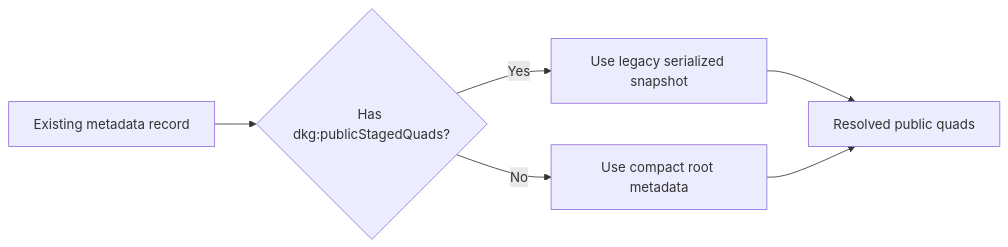
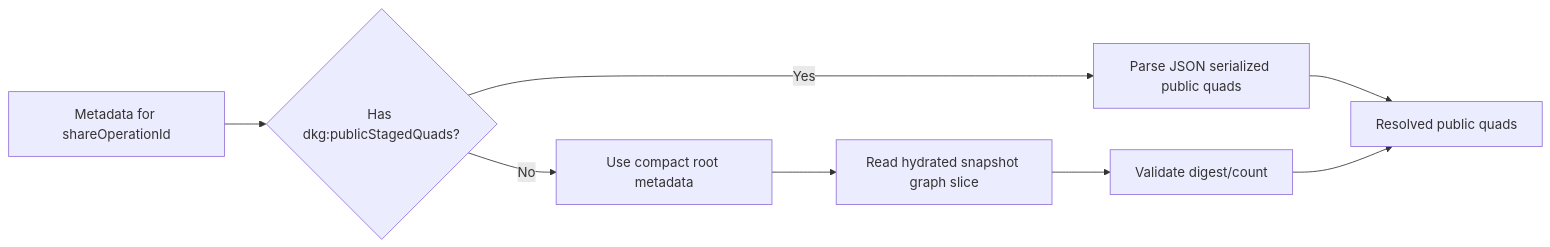
Before and after one commit to KilianTrunk/dkg: the ninth of 10 diagrams in docs/SWM_LARGE_PAYLOAD_STORAGE_AMPLIFICATION_PR.md, drawn with Mermaid. The commit also changed other lines of this file and 4 other files, not shown here.

````diff
--- a/docs/SWM_LARGE_PAYLOAD_STORAGE_AMPLIFICATION_PR.md
+++ b/docs/SWM_LARGE_PAYLOAD_STORAGE_AMPLIFICATION_PR.md
@@ -205,8 +398,10 @@
 ```mermaid
 flowchart LR
-  A["Existing metadata record"] --> B{"Has dkg:publicStagedQuads?"}
-  B -->|Yes| C["Use legacy serialized snapshot"]
+  A["Metadata for shareOperationId"] --> B{"Has dkg:publicStagedQuads?"}
+  B -->|Yes| C["Parse JSON serialized public quads"]
   B -->|No| D["Use compact root metadata"]
-  C --> E["Resolved public quads"]
-  D --> E
+  D --> E["Read hydrated snapshot graph slice"]
+  E --> F["Validate digest/count"]
+  C --> G["Resolved public quads"]
+  F --> G
 ```
````
